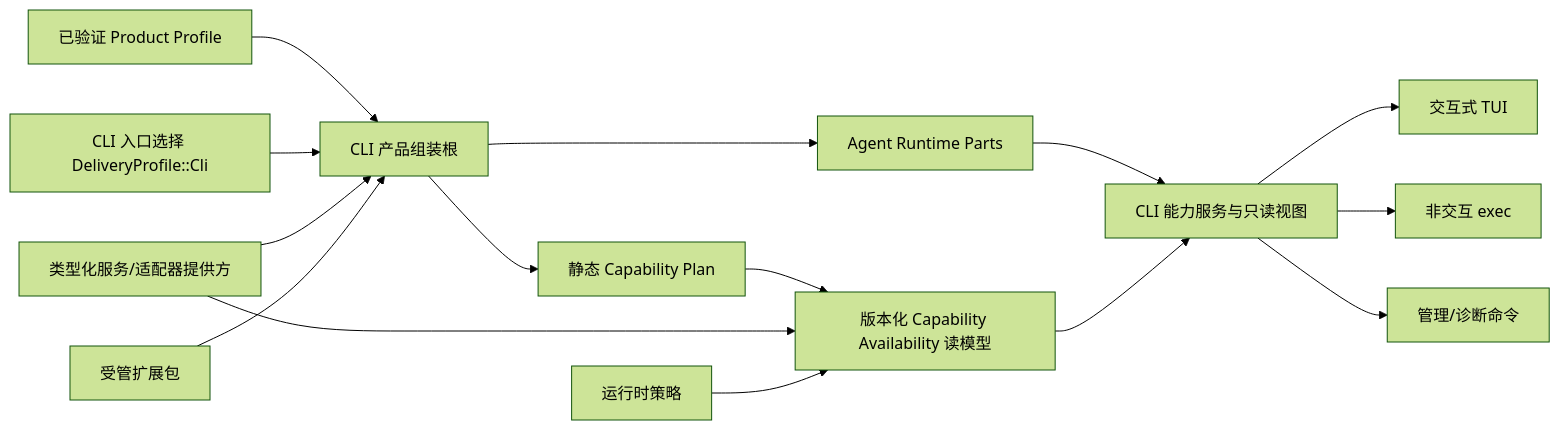
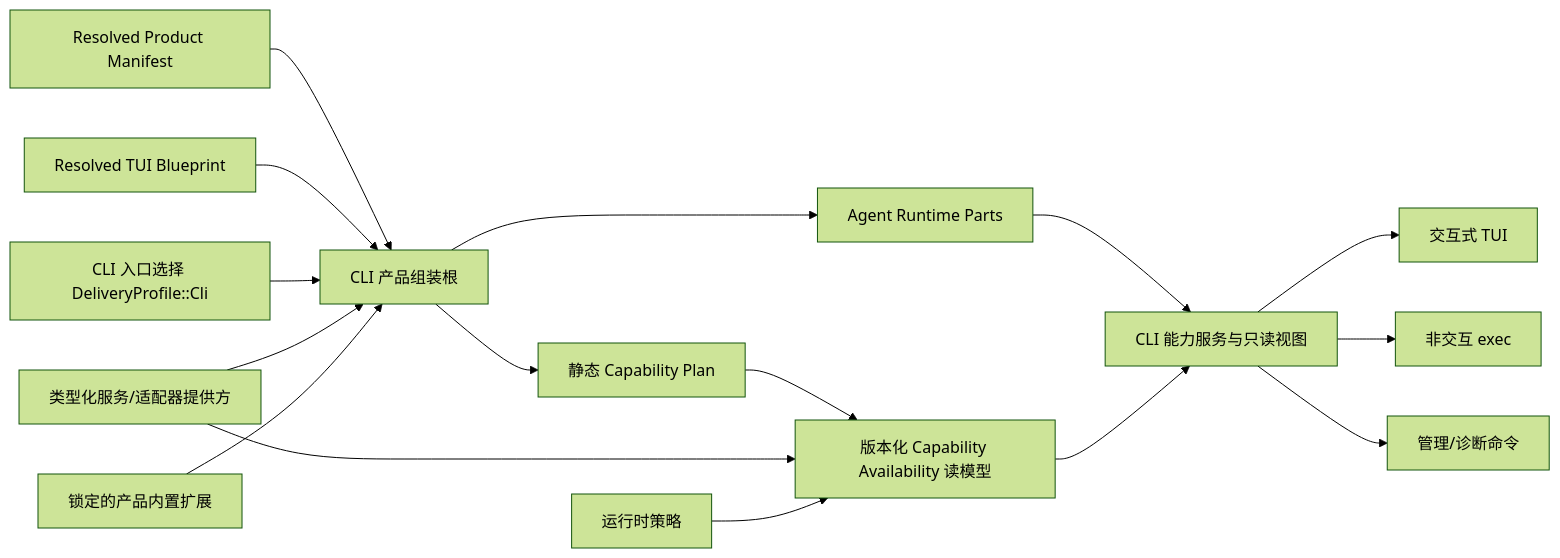
Before and after one commit to 1688mengdie/BitFun: the diagram in docs/architecture/cli-product-line-design.md, drawn with Mermaid (forest theme). The commit also changed other lines of this file and 8 other files, not shown here.

First line of the commit message:
docs(architecture): define product customization blueprints

````diff
--- a/docs/architecture/cli-product-line-design.md
+++ b/docs/architecture/cli-product-line-design.md
@@ -220,17 +227,18 @@
 ```mermaid
 flowchart LR
-  Profile["已验证 Product Profile"] --> Assembly["CLI 产品组装根"]
+  Manifest["Resolved Product Manifest"] --> Assembly["CLI 产品组装根"]
+  Blueprint["Resolved TUI Blueprint"] --> Assembly
   Entry["CLI 入口选择 DeliveryProfile::Cli"] --> Assembly
   Assembly --> Plan["静态 Capability Plan"]
   Providers["类型化服务/适配器提供方"] --> Assembly
-  ManagedPackages["受管扩展包"] --> Assembly
+  Bundled["锁定的产品内置扩展"] --> Assembly
   Assembly --> Runtime["Agent Runtime Parts"]
   Plan --> Availability["版本化 Capability Availability 读模型"]
   Providers --> Availability
   Policy["运行时策略"] --> Availability
   Runtime --> Projection["CLI 能力服务与只读视图"]
   Availability --> Projection
   Projection --> TUI["交互式 TUI"]
   Projection --> Exec["非交互 exec"]
   Projection --> Admin["管理/诊断命令"]
 ```
````
